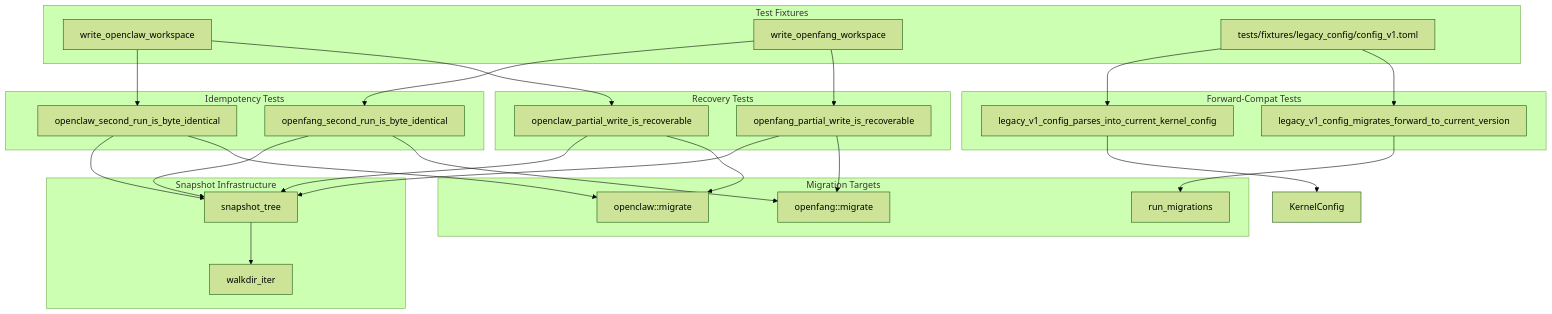
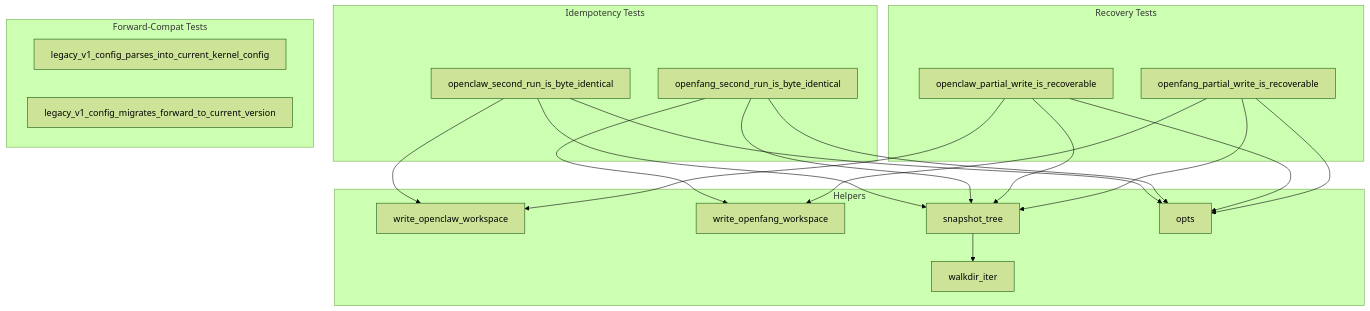
The diagram in other-librefang-migrate-tests.md (leszek3737/librefang-WIki), drawn with Mermaid (forest theme) before and after one commit. The commit also changed other lines of this file and 70 other files, not shown here.

````diff
--- a/other-librefang-migrate-tests.md
+++ b/other-librefang-migrate-tests.md
@@ -19,42 +17,39 @@
 ```mermaid
 graph TD
-    subgraph "Test Fixtures"
-        OC[write_openclaw_workspace]
-        OF[write_openfang_workspace]
-        FIX[tests/fixtures/legacy_config/config_v1.toml]
-    end
-
-    subgraph "Snapshot Infrastructure"
-        ST[snapshot_tree] --> WI[walkdir_iter]
-    end
-
-    subgraph "Migration Targets"
-        OM[openclaw::migrate]
-        FM[openfang::migrate]
-        RM[run_migrations]
+    subgraph "Helpers"
+        WO[write_openclaw_workspace]
+        WF[write_openfang_workspace]
+        SN[snapshot_tree]
+        WA[walkdir_iter]
+        OP[opts]
     end
 
     subgraph "Idempotency Tests"
         T1[openclaw_second_run_is_byte_identical]
         T2[openfang_second_run_is_byte_identical]
     end
 
     subgraph "Recovery Tests"
         T3[openclaw_partial_write_is_recoverable]
         T4[openfang_partial_write_is_recoverable]
     end
 
     subgraph "Forward-Compat Tests"
         T5[legacy_v1_config_parses_into_current_kernel_config]
         T6[legacy_v1_config_migrates_forward_to_current_version]
     end
 
-    OC --> T1 & T3
-    OF --> T2 & T4
-    T1 & T2 & T3 & T4 --> ST
-    T1 & T3 --> OM
-    T2 & T4 --> FM
-    FIX --> T5 & T6
-    T5 --> KernelConfig
-    T6 --> RM
+    SN --> WA
+    T1 --> WO
+    T1 --> OP
+    T1 --> SN
+    T2 --> WF
+    T2 --> OP
+    T2 --> SN
+    T3 --> WO
+    T3 --> OP
+    T3 --> SN
+    T4 --> WF
+    T4 --> OP
+    T4 --> SN
 ```
````
